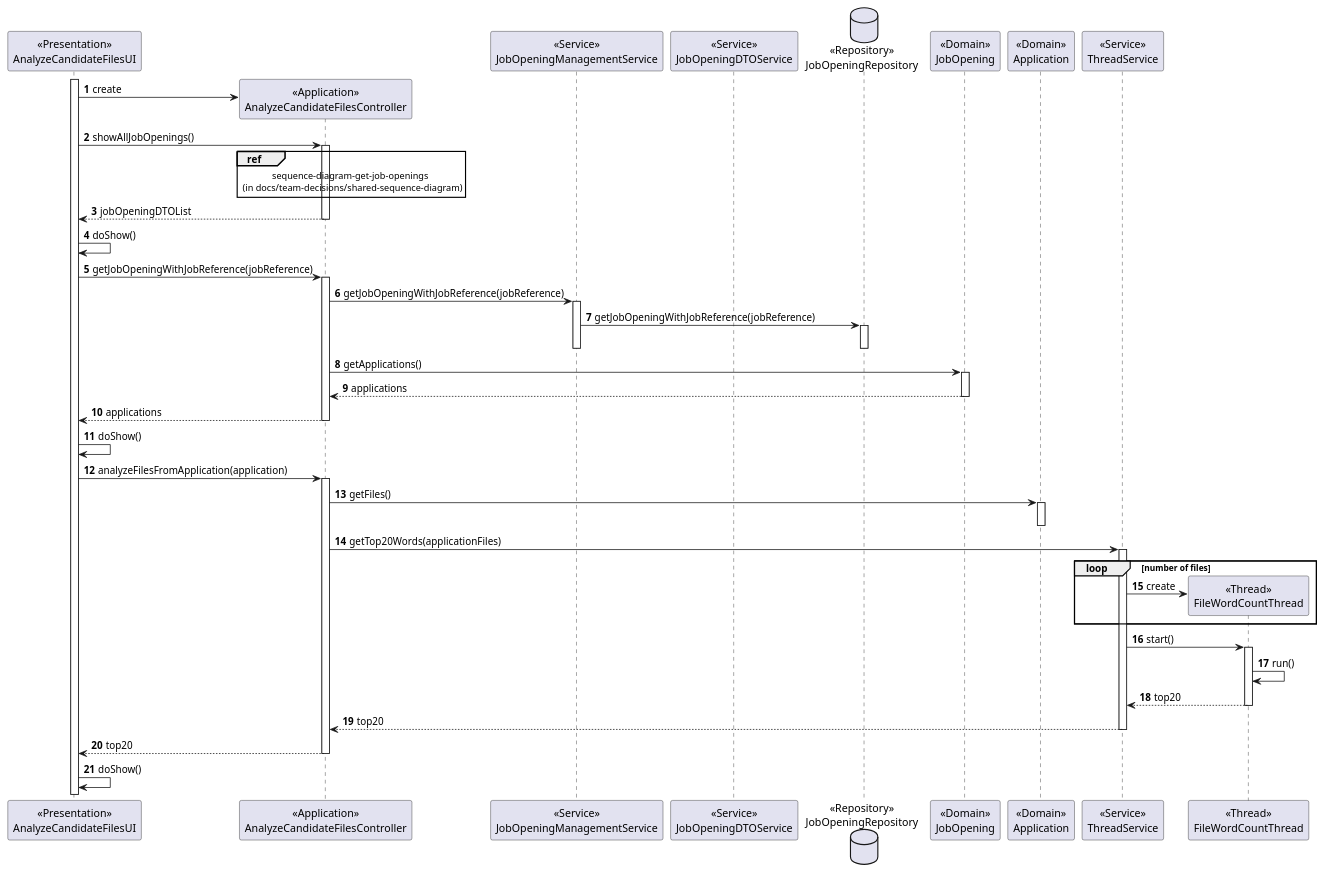
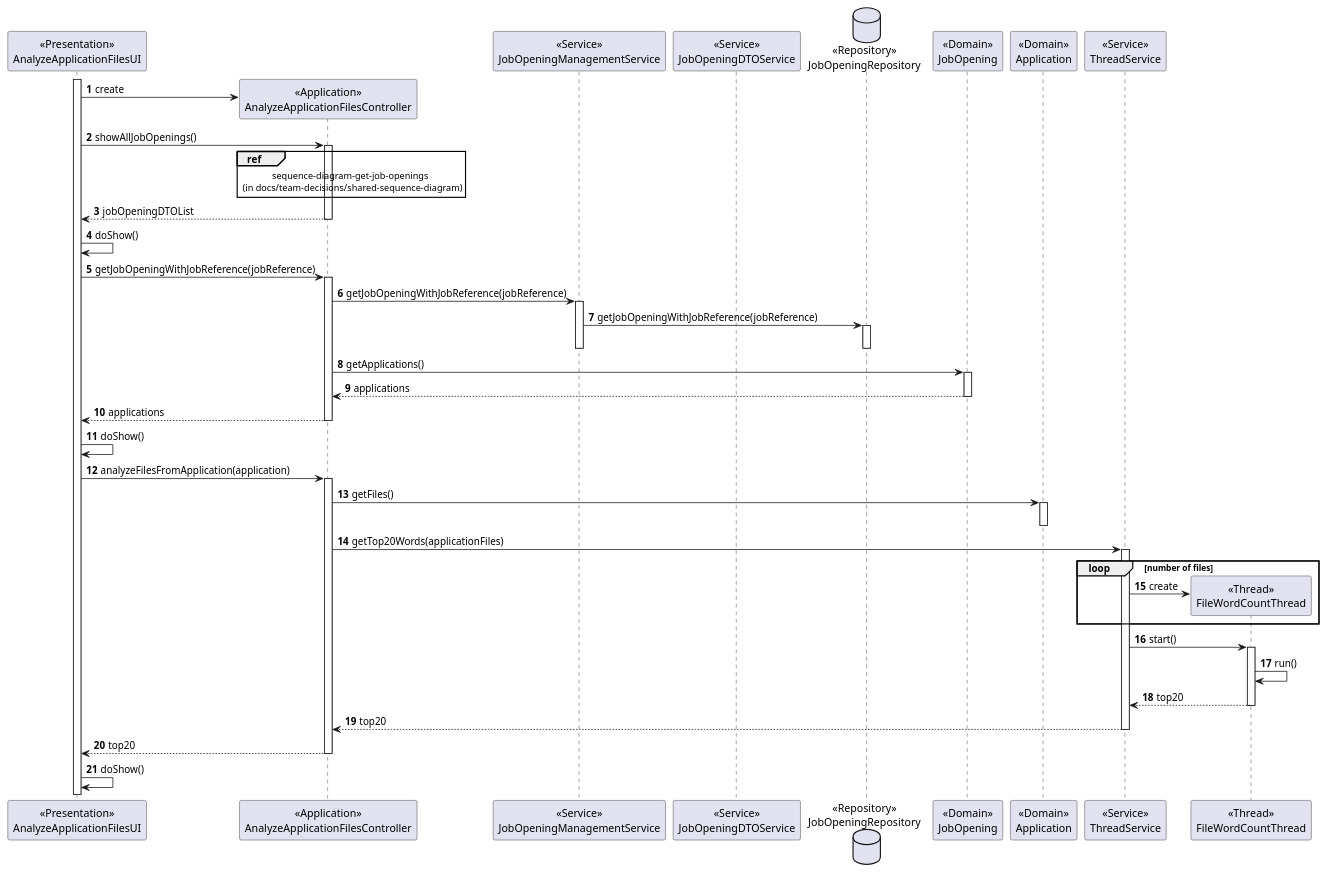
Before and after one commit to rita-barbosa/LAPR4-2324: the diagram in docs/sprint-c/us_4000/US4000_SD/US4000_Sequence_Diagram.puml, drawn with PlantUML. The commit also changed 1 other file, not shown here.

Commit message:
docs: Small update to the Sequence Diagram made.
[#139]

```diff
--- a/docs/sprint-c/us_4000/US4000_SD/US4000_Sequence_Diagram.puml
+++ b/docs/sprint-c/us_4000/US4000_SD/US4000_Sequence_Diagram.puml
@@ -1,102 +1,102 @@
 @startuml
 'https://plantuml.com/sequence-diagram
 
 autonumber
-Participant "<<Presentation>>\nAnalyzeCandidateFilesUI" as UI
-Participant "<<Application>>\nAnalyzeCandidateFilesController" as CTRL
+Participant "<<Presentation>>\nAnalyzeApplicationFilesUI" as UI
+Participant "<<Application>>\nAnalyzeApplicationFilesController" as CTRL
 Participant "<<Service>>\nJobOpeningManagementService" as JOS
 Participant "<<Service>>\nJobOpeningDTOService" as JODTOS
 Database "<<Repository>>\nJobOpeningRepository" as JOREPO
 Participant "<<Domain>>\nJobOpening" as JO
 Participant "<<Domain>>\nApplication" as APP
 Participant "<<Service>>\nThreadService" as TS
 Participant "<<Thread>>\nFileWordCountThread" as FWCT
 
 
     Activate UI
 
         UI -> CTRL** : create
 
         UI -> CTRL : showAllJobOpenings()
 
         Activate CTRL
 
         ref over CTRL : sequence-diagram-get-job-openings \n (in docs/team-decisions/shared-sequence-diagram)
 
         CTRL --> UI : jobOpeningDTOList
 
         Deactivate CTRL
 
         UI -> UI : doShow()
 
         UI -> CTRL : getJobOpeningWithJobReference(jobReference)
 
         Activate CTRL
 
             CTRL -> JOS : getJobOpeningWithJobReference(jobReference)
 
             Activate JOS
 
                 JOS -> JOREPO : getJobOpeningWithJobReference(jobReference)
 
                 Activate JOREPO
 
                 Deactivate JOREPO
 
             Deactivate JOS
 
             CTRL -> JO : getApplications()
 
             Activate JO
 
                 JO --> CTRL : applications
 
             Deactivate JO
 
             CTRL --> UI : applications
 
         Deactivate CTRL
 
         UI -> UI : doShow()
 
         UI -> CTRL : analyzeFilesFromApplication(application)
 
         Activate CTRL
 
             CTRL -> APP : getFiles()
 
             Activate APP
 
             Deactivate APP
 
             CTRL -> TS : getTop20Words(applicationFiles)
 
             Activate TS
 
                 loop number of files
 
                     TS -> FWCT** : create
 
                 end
 
                 TS -> FWCT : start()
 
                 Activate FWCT
 
                     FWCT -> FWCT : run()
 
                     FWCT --> TS : top20
 
                 Deactivate FWCT
 
                 TS --> CTRL : top20
 
             Deactivate TS
 
             CTRL --> UI : top20
 
         Deactivate CTRL
 
         UI -> UI : doShow()
 
 @enduml
```
